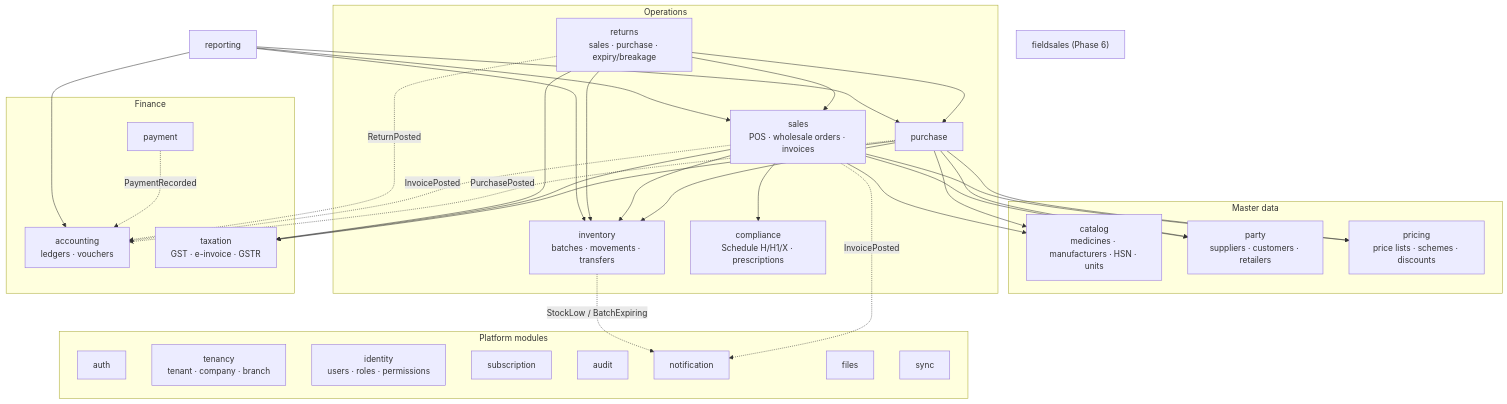
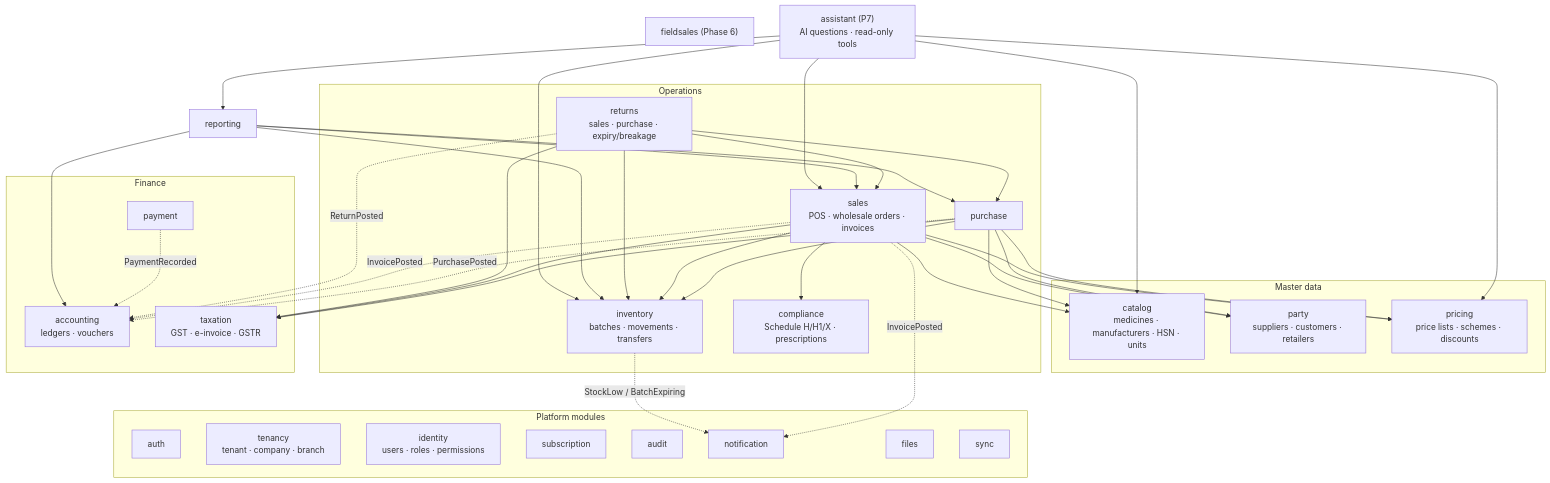
One commit to Setups-Works/medical-erp changed the third of 6 diagrams in docs/architecture/ARCHITECTURE.md. Above: the diagram before and after it, drawn with Mermaid. The commit also changed other lines of this file and 46 other files, not shown here.

First line of the commit message:
docs(ai): plan the P7 AI assistant on a shared LLM with tenant-safe tools

````diff
--- a/docs/architecture/ARCHITECTURE.md
+++ b/docs/architecture/ARCHITECTURE.md
@@ -82,43 +84,45 @@
 ```mermaid
 flowchart TB
     subgraph platform["Platform modules"]
         auth[auth]
         tenancy[tenancy<br/>tenant · company · branch]
         identity[identity<br/>users · roles · permissions]
         subscription[subscription]
         audit[audit]
         notification[notification]
         files[files]
         sync[sync]
     end
     subgraph masters["Master data"]
         catalog[catalog<br/>medicines · manufacturers · HSN · units]
         party[party<br/>suppliers · customers · retailers]
         pricing[pricing<br/>price lists · schemes · discounts]
     end
     subgraph ops["Operations"]
         purchase[purchase]
         inventory[inventory<br/>batches · movements · transfers]
         sales[sales<br/>POS · wholesale orders · invoices]
         returns[returns<br/>sales · purchase · expiry/breakage]
         compliance[compliance<br/>Schedule H/H1/X · prescriptions]
     end
     subgraph fin["Finance"]
         payment[payment]
         accounting[accounting<br/>ledgers · vouchers]
         taxation[taxation<br/>GST · e-invoice · GSTR]
     end
     reporting[reporting]
     fieldsales["fieldsales (Phase 6)"]
+    assistant["assistant (P7)<br/>AI questions · read-only tools"]
 
     purchase --> catalog & party & pricing & taxation & inventory
     sales --> catalog & party & pricing & taxation & inventory & compliance
     returns --> sales & purchase & inventory & taxation
     purchase -. PurchasePosted .-> accounting
     sales -. InvoicePosted .-> accounting
     returns -. ReturnPosted .-> accounting
     payment -. PaymentRecorded .-> accounting
     sales -. InvoicePosted .-> notification
     inventory -. StockLow / BatchExpiring .-> notification
     reporting --> accounting & inventory & sales & purchase
+    assistant --> reporting & inventory & sales & pricing & catalog
 ```
````
